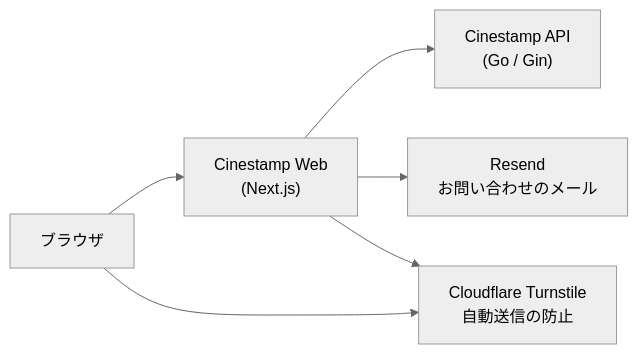
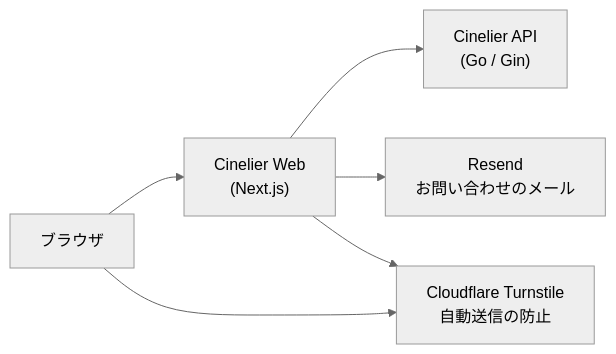
The diagram in README.ja.md (masaya-nishimura-09/movie-log), drawn with Mermaid (neutral theme) before and after one commit. The commit also changed other lines of this file and 11 other files, not shown here.

````diff
--- a/README.ja.md
+++ b/README.ja.md
@@ -39,8 +39,8 @@
 ```mermaid
 flowchart LR
-    browser["ブラウザ"] --> web["Cinestamp Web<br/>(Next.js)"]
-    web --> api["Cinestamp API<br/>(Go / Gin)"]
+    browser["ブラウザ"] --> web["Cinelier Web<br/>(Next.js)"]
+    web --> api["Cinelier API<br/>(Go / Gin)"]
     web --> resend["Resend<br/>お問い合わせのメール"]
     web --> turnstile["Cloudflare Turnstile<br/>自動送信の防止"]
     browser --> turnstile
 ```
````
